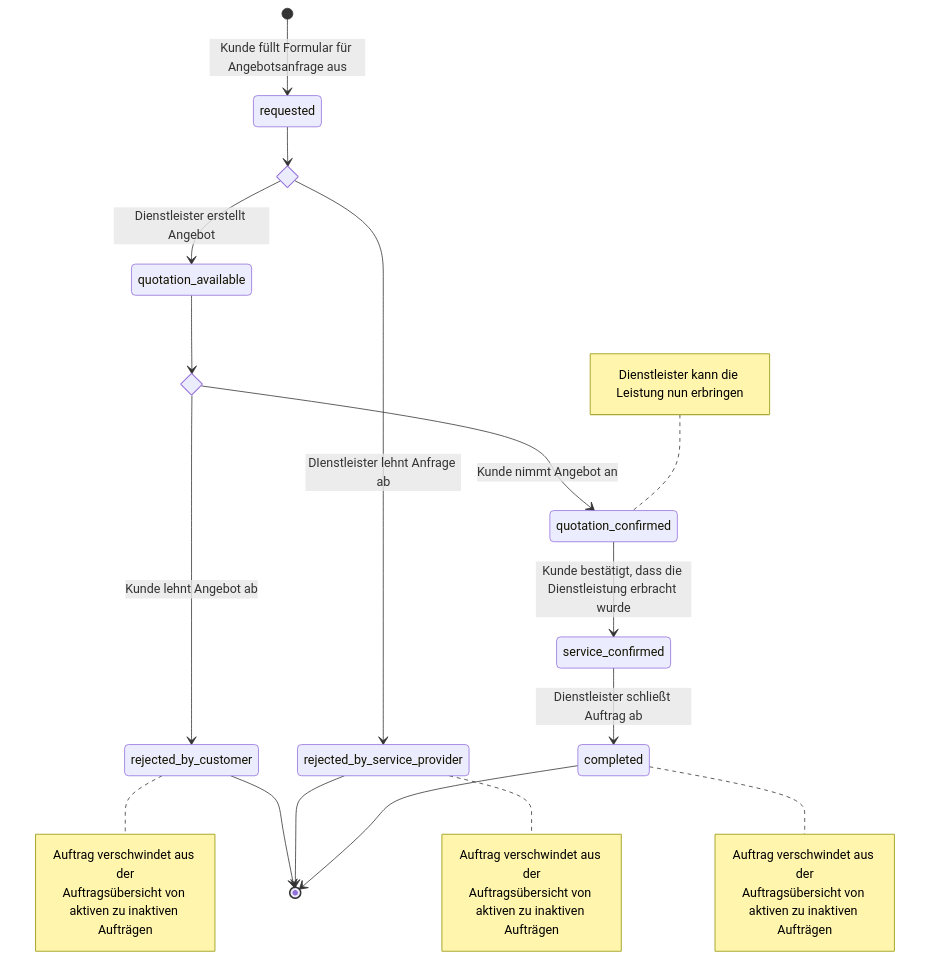
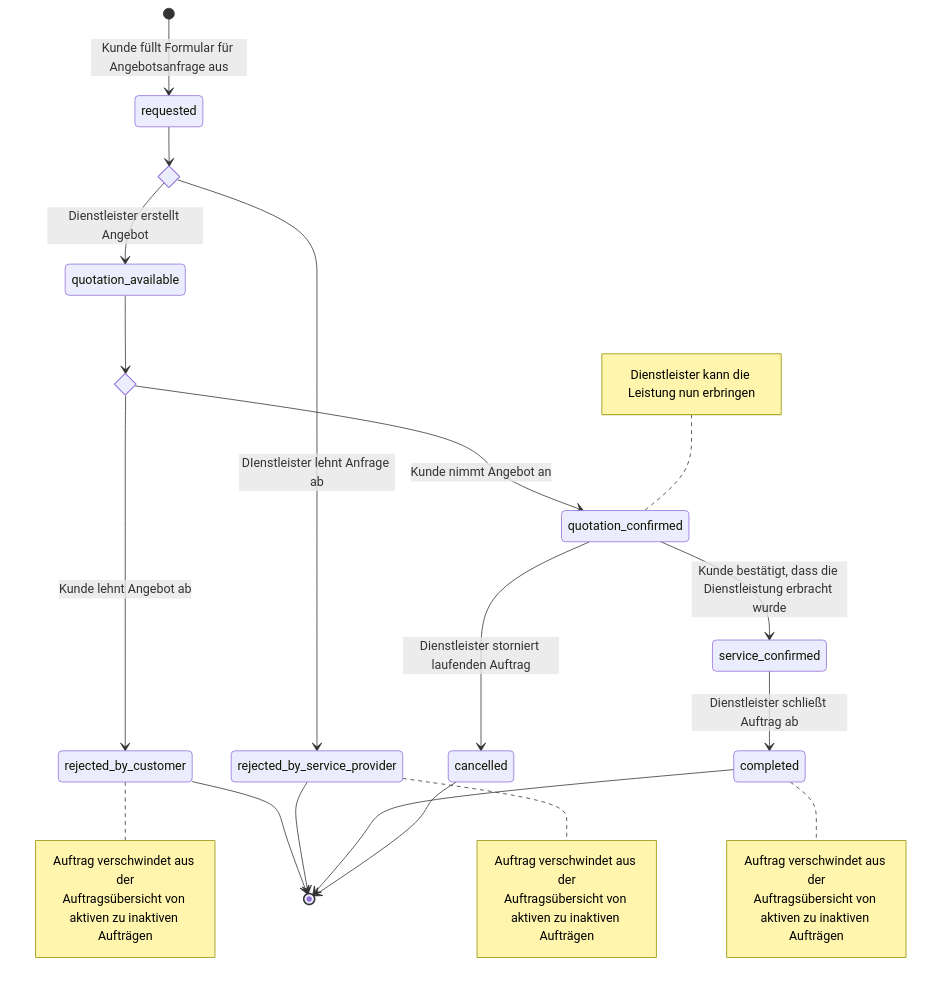
Before and after one commit to YannickMetz/Anwendungsprojekt: the diagram in diagramme/UML State Auftragsstaus.md, drawn with Mermaid. The commit also changed 2 other files, not shown here.

Commit message:
ServiceOrderStatus(Enum) und UML Diagramme angepasst

````diff
--- a/diagramme/UML State Auftragsstaus.md
+++ b/diagramme/UML State Auftragsstaus.md
@@ -1,39 +1,42 @@
 ```mermaid
 stateDiagram-v2
     [*] --> requested: Kunde füllt Formular für Angebotsanfrage aus
 
     state quotation_choice_service_provider <<choice>>
     requested --> quotation_choice_service_provider
     quotation_choice_service_provider --> rejected_by_service_provider: DIenstleister lehnt Anfrage ab
 
     state quotation_choice_customer <<choice>>
     quotation_choice_customer --> rejected_by_customer: Kunde lehnt Angebot ab
     quotation_choice_service_provider --> quotation_available: Dienstleister erstellt Angebot
     quotation_available --> quotation_choice_customer
     quotation_choice_customer --> quotation_confirmed: Kunde nimmt Angebot an
         note left of quotation_confirmed
         Dienstleister kann die Leistung nun erbringen
         end note
 
     quotation_confirmed --> service_confirmed: Kunde bestätigt, dass die Dienstleistung erbracht wurde
         note right of rejected_by_customer
         Auftrag verschwindet aus der
         Auftragsübersicht von aktiven zu inaktiven Aufträgen
         end note
         note right of rejected_by_service_provider
         Auftrag verschwindet aus der
         Auftragsübersicht von aktiven zu inaktiven Aufträgen
         end note
 
 
     service_confirmed --> completed: Dienstleister schließt Auftrag ab
         note right of completed
         Auftrag verschwindet aus der
         Auftragsübersicht von aktiven zu inaktiven Aufträgen
         end note
 
+    quotation_confirmed --> cancelled: Dienstleister storniert laufenden Auftrag
+
     rejected_by_customer --> [*]
     rejected_by_service_provider --> [*]
     completed --> [*]
+    cancelled --> [*]
 
 ```
````
